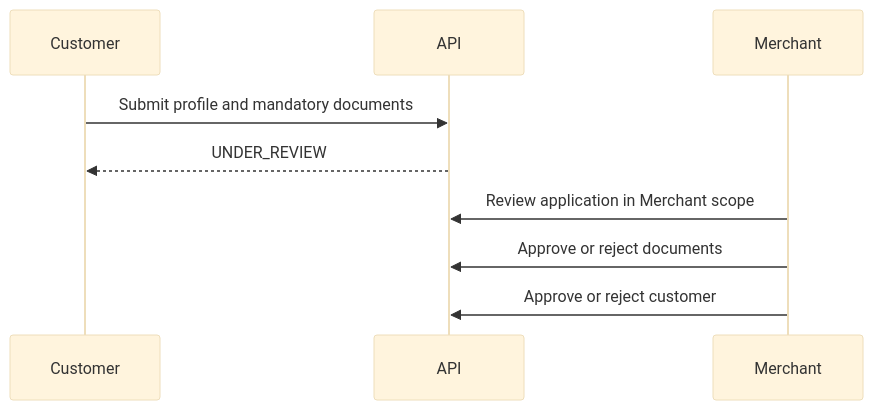
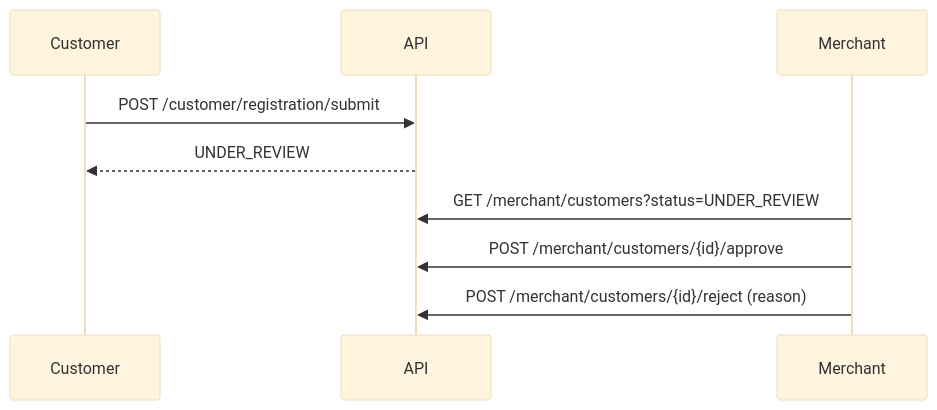
Before and after one commit to Gaurav-X-dev/mbga-backend: the diagram in backend/docs/customer-approval-workflow.md, drawn with Mermaid (base theme). The commit also changed other lines of this file and 215 other files, not shown here.

````diff
--- a/backend/docs/customer-approval-workflow.md
+++ b/backend/docs/customer-approval-workflow.md
@@ -5,11 +5,11 @@
 ```mermaid
 sequenceDiagram
   participant Customer
   participant API
   participant Merchant
-  Customer->>API: Submit profile and mandatory documents
+  Customer->>API: POST /customer/registration/submit
   API-->>Customer: UNDER_REVIEW
-  Merchant->>API: Review application in Merchant scope
-  Merchant->>API: Approve or reject documents
-  Merchant->>API: Approve or reject customer
+  Merchant->>API: GET /merchant/customers?status=UNDER_REVIEW
+  Merchant->>API: POST /merchant/customers/{id}/approve
+  Merchant->>API: POST /merchant/customers/{id}/reject (reason)
 ```
````
